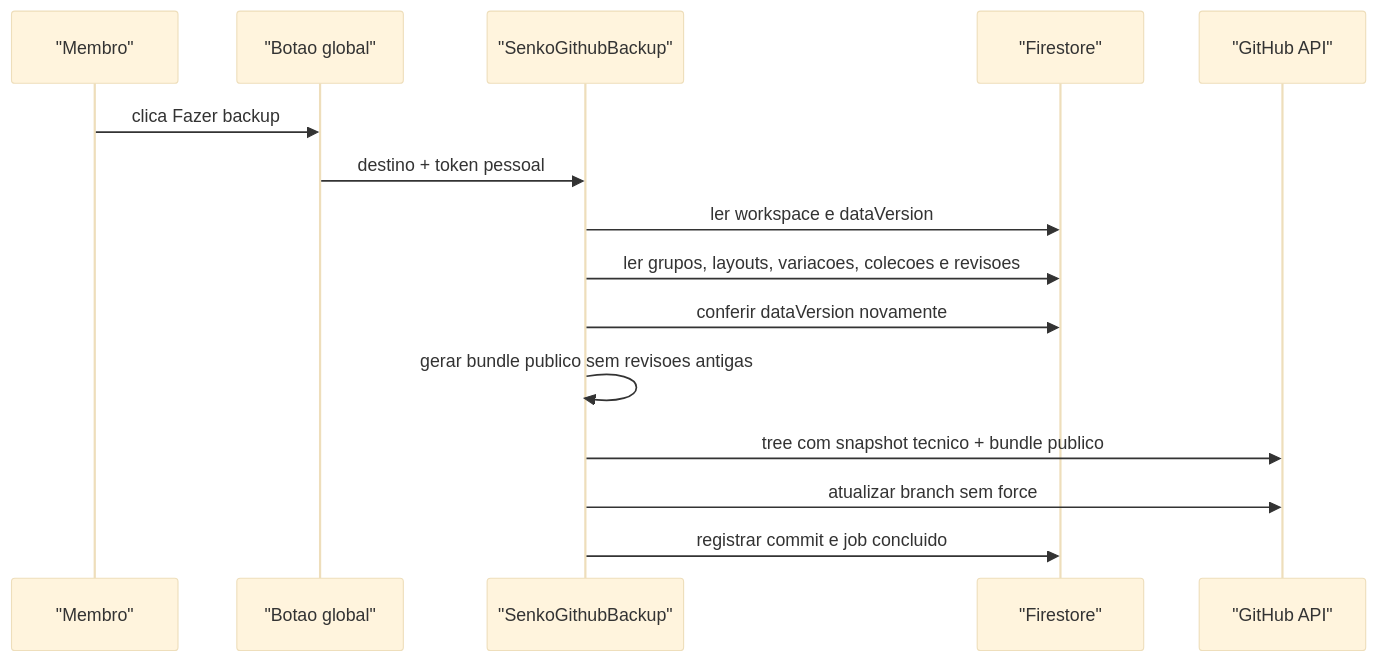
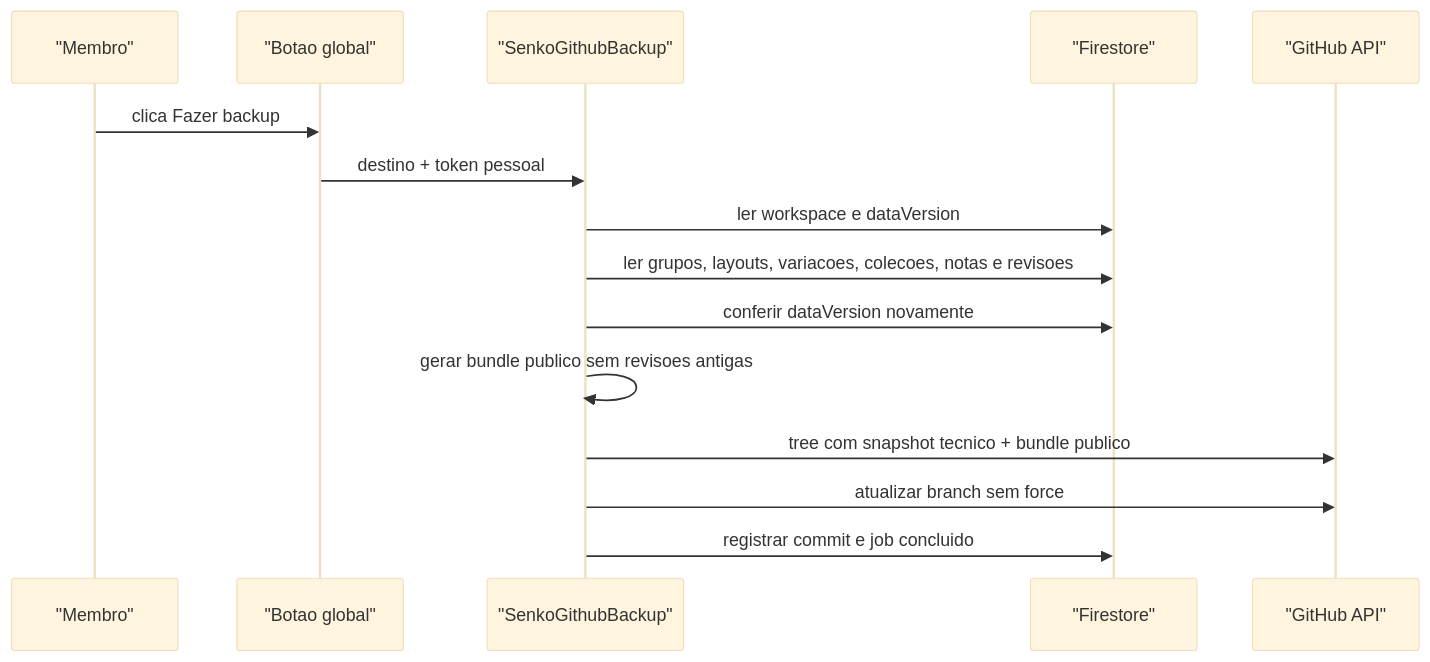
One commit to YgorFQ/projetoTestes changed the fourth of 4 diagrams in docs/firebase/ARCHITECTURE.md. Above: the diagram before and after it, drawn with Mermaid (base theme). The commit also changed other lines of this file and 17 other files, not shown here.

````diff
--- a/docs/firebase/ARCHITECTURE.md
+++ b/docs/firebase/ARCHITECTURE.md
@@ -296,18 +309,18 @@
 ```mermaid
 sequenceDiagram
     participant U as "Membro"
     participant UI as "Botao global"
     participant B as "SenkoGithubBackup"
     participant DB as "Firestore"
     participant GH as "GitHub API"
 
     U->>UI: clica Fazer backup
     UI->>B: destino + token pessoal
     B->>DB: ler workspace e dataVersion
-    B->>DB: ler grupos, layouts, variacoes, colecoes e revisoes
+    B->>DB: ler grupos, layouts, variacoes, colecoes, notas e revisoes
     B->>DB: conferir dataVersion novamente
     B->>B: gerar bundle publico sem revisoes antigas
     B->>GH: tree com snapshot tecnico + bundle publico
     B->>GH: atualizar branch sem force
     B->>DB: registrar commit e job concluido
 ```
````
